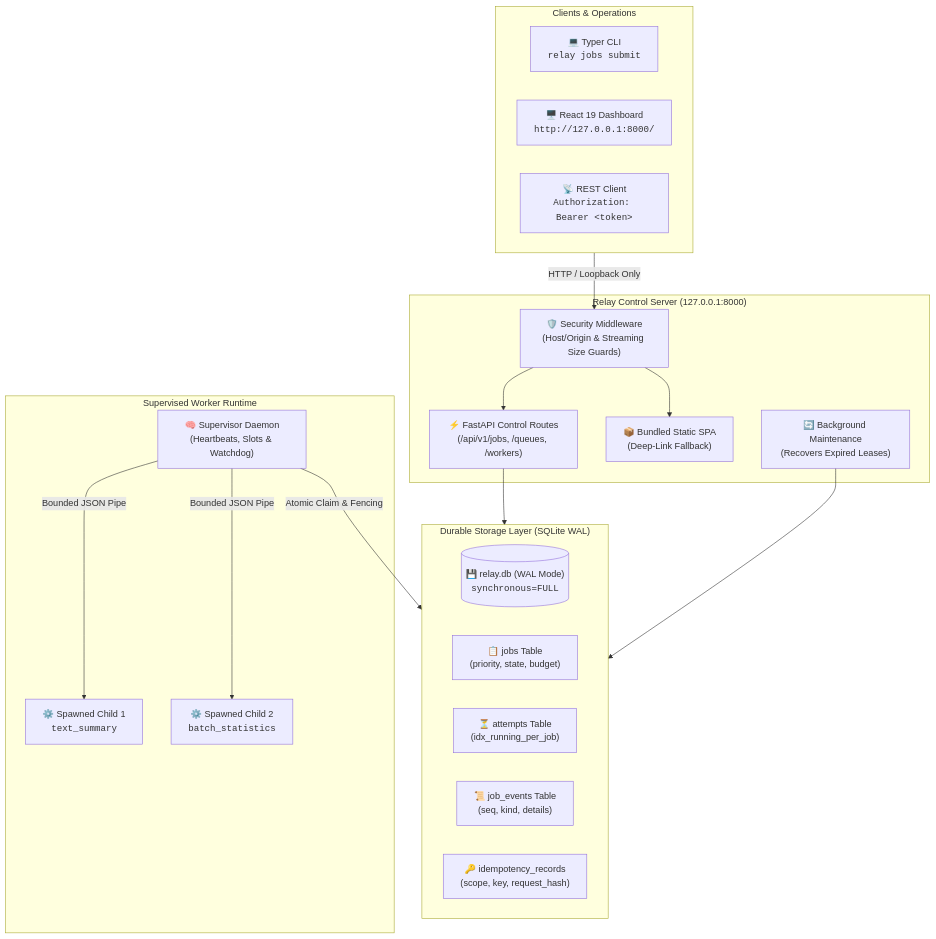
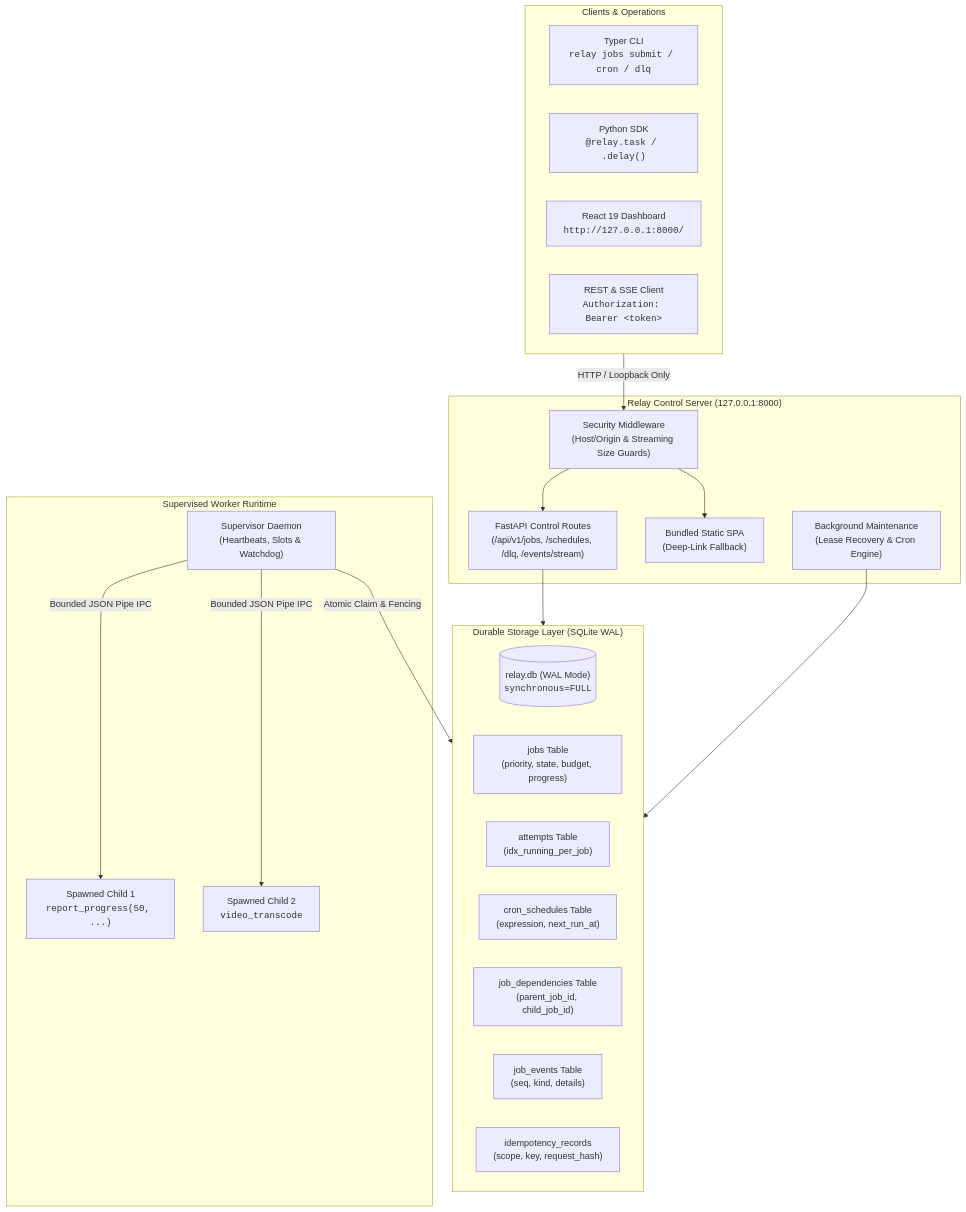
Before and after one commit to AryamanSharma14/resumeproject: the first of 2 diagrams in README.md, drawn with Mermaid. The commit also changed other lines of this file and 29 other files, not shown here.

Commit message:
Implement Relay v2: @relay.task SDK, SQLite cron, progress tracking, DLQ, and DAG pipelines

````diff
--- a/README.md
+++ b/README.md
@@ -39,38 +26,41 @@
 ```mermaid
 flowchart TD
     subgraph Clients["Clients & Operations"]
-        CLI["💻 Typer CLI<br/><code>relay jobs submit</code>"]
-        Browser["🖥️ React 19 Dashboard<br/><code>http://127.0.0.1:8000/</code>"]
-        ExtAPI["📡 REST Client<br/><code>Authorization: Bearer &lt;token&gt;</code>"]
+        CLI["Typer CLI<br/><code>relay jobs submit / cron / dlq</code>"]
+        SDK["Python SDK<br/><code>@relay.task / .delay()</code>"]
+        Browser["React 19 Dashboard<br/><code>http://127.0.0.1:8000/</code>"]
+        ExtAPI["REST & SSE Client<br/><code>Authorization: Bearer &lt;token&gt;</code>"]
     end
 
     subgraph Service["Relay Control Server (127.0.0.1:8000)"]
-        SecMid["🛡️ Security Middleware<br/>(Host/Origin & Streaming Size Guards)"]
-        FastAPI["⚡ FastAPI Control Routes<br/>(/api/v1/jobs, /queues, /workers)"]
-        Static["📦 Bundled Static SPA<br/>(Deep-Link Fallback)"]
-        Recovery["🔄 Background Maintenance<br/>(Recovers Expired Leases)"]
+        SecMid["Security Middleware<br/>(Host/Origin & Streaming Size Guards)"]
+        FastAPI["FastAPI Control Routes<br/>(/api/v1/jobs, /schedules, /dlq, /events/stream)"]
+        Static["Bundled Static SPA<br/>(Deep-Link Fallback)"]
+        Recovery["Background Maintenance<br/>(Lease Recovery & Cron Engine)"]
     end
 
     subgraph Engine["Durable Storage Layer (SQLite WAL)"]
-        DB[("💾 relay.db (WAL Mode)<br/><code>synchronous=FULL</code>")]
-        T_Jobs["📋 jobs Table<br/>(priority, state, budget)"]
-        T_Attempts["⏳ attempts Table<br/>(idx_running_per_job)"]
-        T_Events["📜 job_events Table<br/>(seq, kind, details)"]
-        T_Idemp["🔑 idempotency_records<br/>(scope, key, request_hash)"]
+        DB[("relay.db (WAL Mode)<br/><code>synchronous=FULL</code>")]
+        T_Jobs["jobs Table<br/>(priority, state, budget, progress)"]
+        T_Attempts["attempts Table<br/>(idx_running_per_job)"]
+        T_Schedules["cron_schedules Table<br/>(expression, next_run_at)"]
+        T_Deps["job_dependencies Table<br/>(parent_job_id, child_job_id)"]
+        T_Events["job_events Table<br/>(seq, kind, details)"]
+        T_Idemp["idempotency_records<br/>(scope, key, request_hash)"]
     end
 
     subgraph Workers["Supervised Worker Runtime"]
-        Supervisor["🧠 Supervisor Daemon<br/>(Heartbeats, Slots & Watchdog)"]
-        Child1["⚙️ Spawned Child 1<br/><code>text_summary</code>"]
-        Child2["⚙️ Spawned Child 2<br/><code>batch_statistics</code>"]
+        Supervisor["Supervisor Daemon<br/>(Heartbeats, Slots & Watchdog)"]
+        Child1["Spawned Child 1<br/><code>report_progress(50, ...)</code>"]
+        Child2["Spawned Child 2<br/><code>video_transcode</code>"]
     end
 
     Clients -->|HTTP / Loopback Only| SecMid
     SecMid --> FastAPI
     SecMid --> Static
     FastAPI --> Engine
     Recovery --> Engine
     Supervisor -->|Atomic Claim & Fencing| Engine
-    Supervisor -->|Bounded JSON Pipe| Child1
-    Supervisor -->|Bounded JSON Pipe| Child2
+    Supervisor -->|Bounded JSON Pipe IPC| Child1
+    Supervisor -->|Bounded JSON Pipe IPC| Child2
 ```
````
